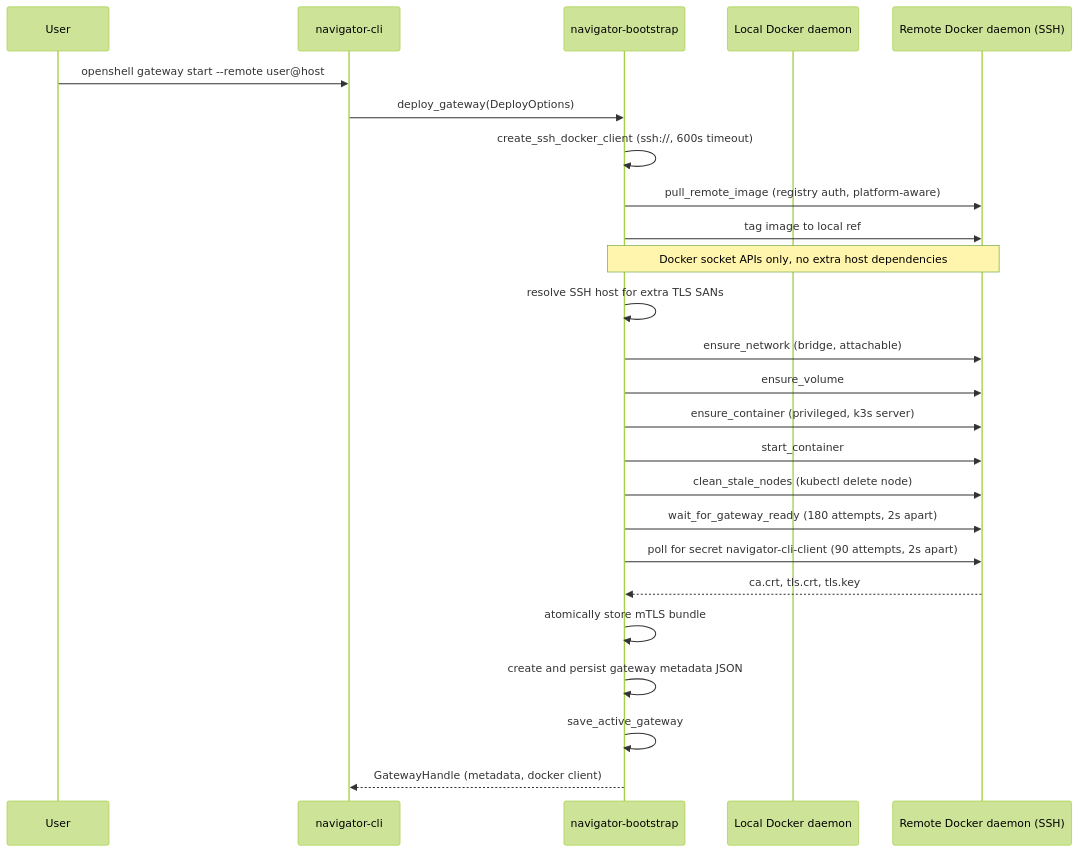
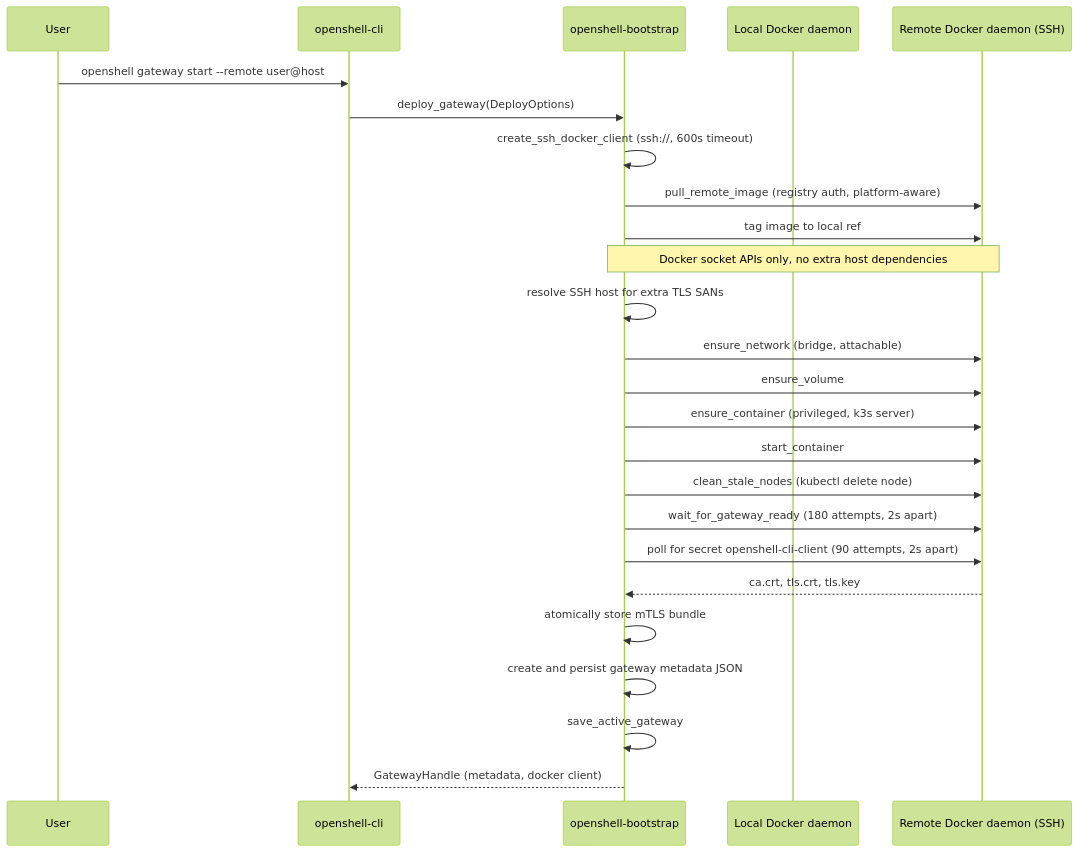
One commit to NVIDIA/OpenShell changed the first of 3 diagrams in architecture/gateway-single-node.md. Above: the diagram before and after it, drawn with Mermaid (forest theme). The commit also changed other lines of this file and 283 other files, not shown here.

First line of the commit message:
refactor: rename navigator- crate prefix to openshell-

````diff
--- a/architecture/gateway-single-node.md
+++ b/architecture/gateway-single-node.md
@@ -76,31 +76,31 @@
 ```mermaid
 sequenceDiagram
   participant U as User
-  participant C as navigator-cli
-  participant B as navigator-bootstrap
+  participant C as openshell-cli
+  participant B as openshell-bootstrap
   participant L as Local Docker daemon
   participant R as Remote Docker daemon (SSH)
 
   U->>C: openshell gateway start --remote user@host
   C->>B: deploy_gateway(DeployOptions)
 
   B->>B: create_ssh_docker_client (ssh://, 600s timeout)
   B->>R: pull_remote_image (registry auth, platform-aware)
   B->>R: tag image to local ref
 
   Note over B,R: Docker socket APIs only, no extra host dependencies
 
   B->>B: resolve SSH host for extra TLS SANs
   B->>R: ensure_network (bridge, attachable)
   B->>R: ensure_volume
   B->>R: ensure_container (privileged, k3s server)
   B->>R: start_container
   B->>R: clean_stale_nodes (kubectl delete node)
   B->>R: wait_for_gateway_ready (180 attempts, 2s apart)
-  B->>R: poll for secret navigator-cli-client (90 attempts, 2s apart)
+  B->>R: poll for secret openshell-cli-client (90 attempts, 2s apart)
   R-->>B: ca.crt, tls.crt, tls.key
   B->>B: atomically store mTLS bundle
   B->>B: create and persist gateway metadata JSON
   B->>B: save_active_gateway
   B-->>C: GatewayHandle (metadata, docker client)
 ```
````
